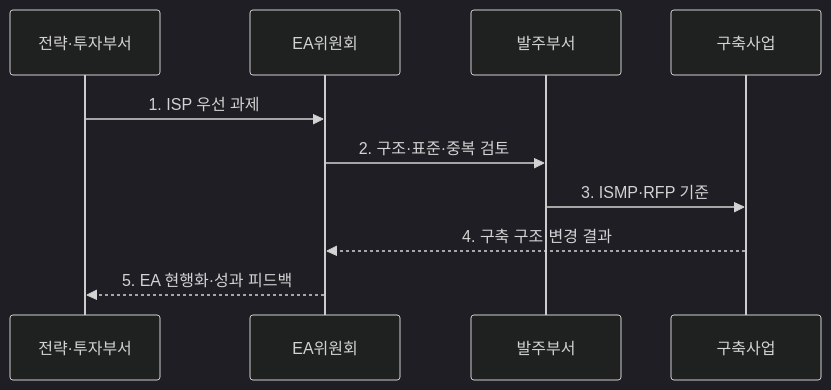
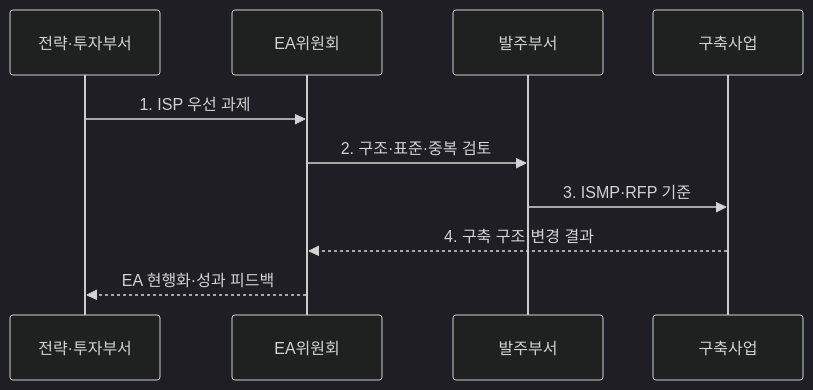
The second of 2 diagrams in src/content/docs/notes/07-law-policy/004_isp_ismp_ea_comparison.md (agnusdei1207/knowledge-base), drawn with Mermaid (dark theme) before and after one commit. The commit also changed other lines of this file and 20 other files, not shown here.

````diff
--- a/src/content/docs/notes/07-law-policy/004_isp_ismp_ea_comparison.md
+++ b/src/content/docs/notes/07-law-policy/004_isp_ismp_ea_comparison.md
@@ -78,12 +73,12 @@
 ```mermaid
 sequenceDiagram
     participant S as 전략·투자부서
     participant E as EA위원회
     participant P as 발주부서
     participant B as 구축사업
     S->>E: 1. ISP 우선 과제
     E->>P: 2. 구조·표준·중복 검토
     P->>B: 3. ISMP·RFP 기준
     B-->>E: 4. 구축 구조·변경 결과
-    E-->>S: 5. EA 현행화·성과 피드백
+    E-->>S: EA 현행화·성과 피드백
 ```
````
